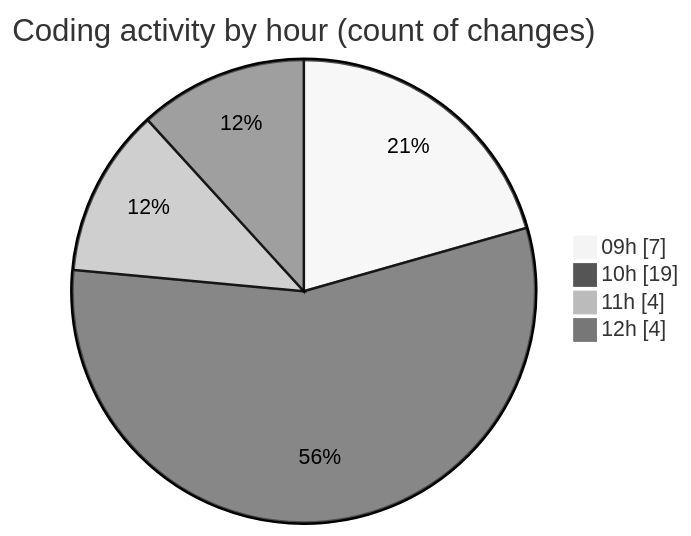
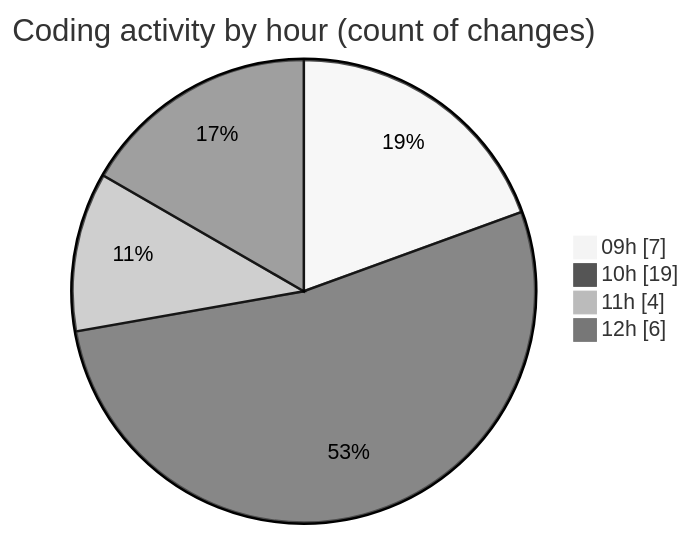
One commit to momahboobian/code-tracking changed the second of 2 diagrams in 2025-11-12/cda/README.md. Above: the diagram before and after it, drawn with Mermaid (neutral theme). The commit also changed other lines of this file and 1 other file, not shown here.

````diff
--- a/2025-11-12/cda/README.md
+++ b/2025-11-12/cda/README.md
@@ -44,8 +44,8 @@
 ```mermaid
 pie showData
 title Coding activity by hour (count of changes)
 "09h" : 7
 "10h" : 19
 "11h" : 4
-"12h" : 4
+"12h" : 6
 ```
````
